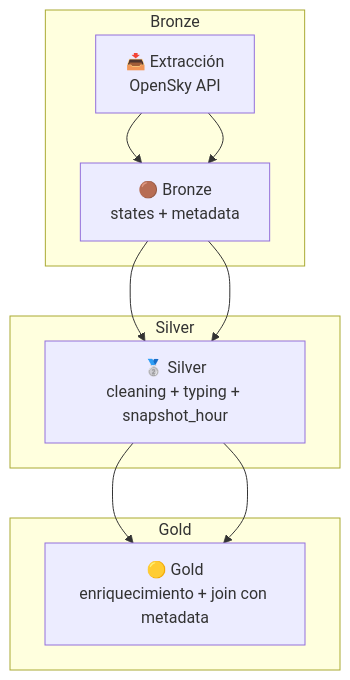
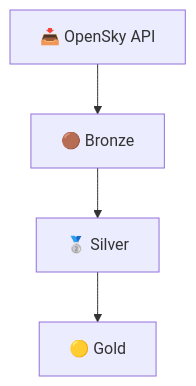
Before and after one commit to fernandezelias/ETL_OpenSky_Aviation: the diagram in README.md, drawn with Mermaid. The commit also changed other lines of this file and 7 other files, not shown here.

````diff
--- a/README.md
+++ b/README.md
@@ -80,19 +104,6 @@
 ```mermaid
 flowchart TD
-
-A[📥 Extracción<br>OpenSky API] --> B[🟤 Bronze<br>states + metadata]
-B --> C[🥈 Silver<br>cleaning + typing + snapshot_hour]
-C --> D[🟡 Gold<br>enriquecimiento + join con metadata]
-
-subgraph Bronze
-A --> B
-end
-
-subgraph Silver
-B --> C
-end
-
-subgraph Gold
-C --> D
-end
+    A[📥 OpenSky API] --> B[🟤 Bronze]
+    B --> C[🥈 Silver]
+    C --> D[🟡 Gold]
 ```
````
